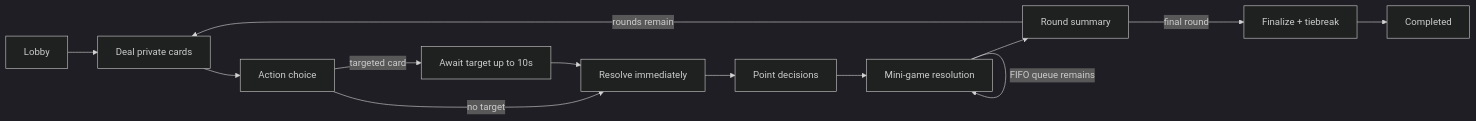
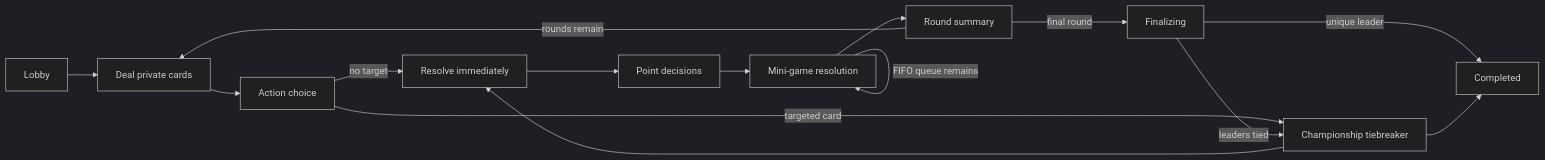
One commit to japjotsingh18/ScoreUp changed the second of 2 diagrams in README.md. Above: the diagram before and after it, drawn with Mermaid (dark theme). The commit also changed other lines of this file and 35 other files, not shown here.

````diff
--- a/README.md
+++ b/README.md
@@ -71,15 +79,17 @@
 ```mermaid
 flowchart LR
     L[Lobby] --> D[Deal private cards]
     D --> A[Action choice]
     A -->|no target| R[Resolve immediately]
     A -->|targeted card| T[Await target up to 10s]
     T --> R
     R --> P[Point decisions]
     P --> M[Mini-game resolution]
     M -->|FIFO queue remains| M
     M --> S[Round summary]
     S -->|rounds remain| D
-    S -->|final round| F[Finalize + tiebreak]
-    F --> C[Completed]
+    S -->|final round| F[Finalizing]
+    F -->|leaders tied| T[Championship tiebreaker]
+    F -->|unique leader| C[Completed]
+    T --> C
 ```
````
